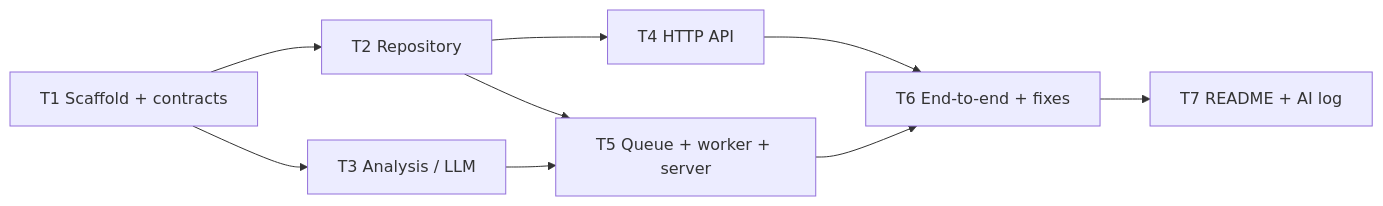
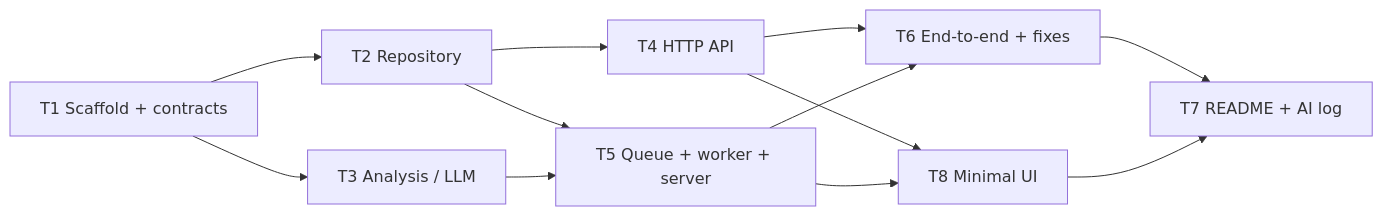
Before and after one commit to maormagori/fusion-home-task: the diagram in docs/tasks/README.md, drawn with Mermaid. The commit also changed other lines of this file and 3 other files, not shown here.

````diff
--- a/docs/tasks/README.md
+++ b/docs/tasks/README.md
@@ -6,11 +6,14 @@
 ```mermaid
 flowchart LR
     T1[T1 Scaffold + contracts] --> T2[T2 Repository]
     T1 --> T3[T3 Analysis / LLM]
     T2 --> T4[T4 HTTP API]
     T2 --> T5[T5 Queue + worker + server]
     T3 --> T5
     T4 --> T6[T6 End-to-end + fixes]
     T5 --> T6
+    T4 --> T8[T8 Minimal UI]
+    T5 --> T8
     T6 --> T7[T7 README + AI log]
+    T8 --> T7
 ```
````
